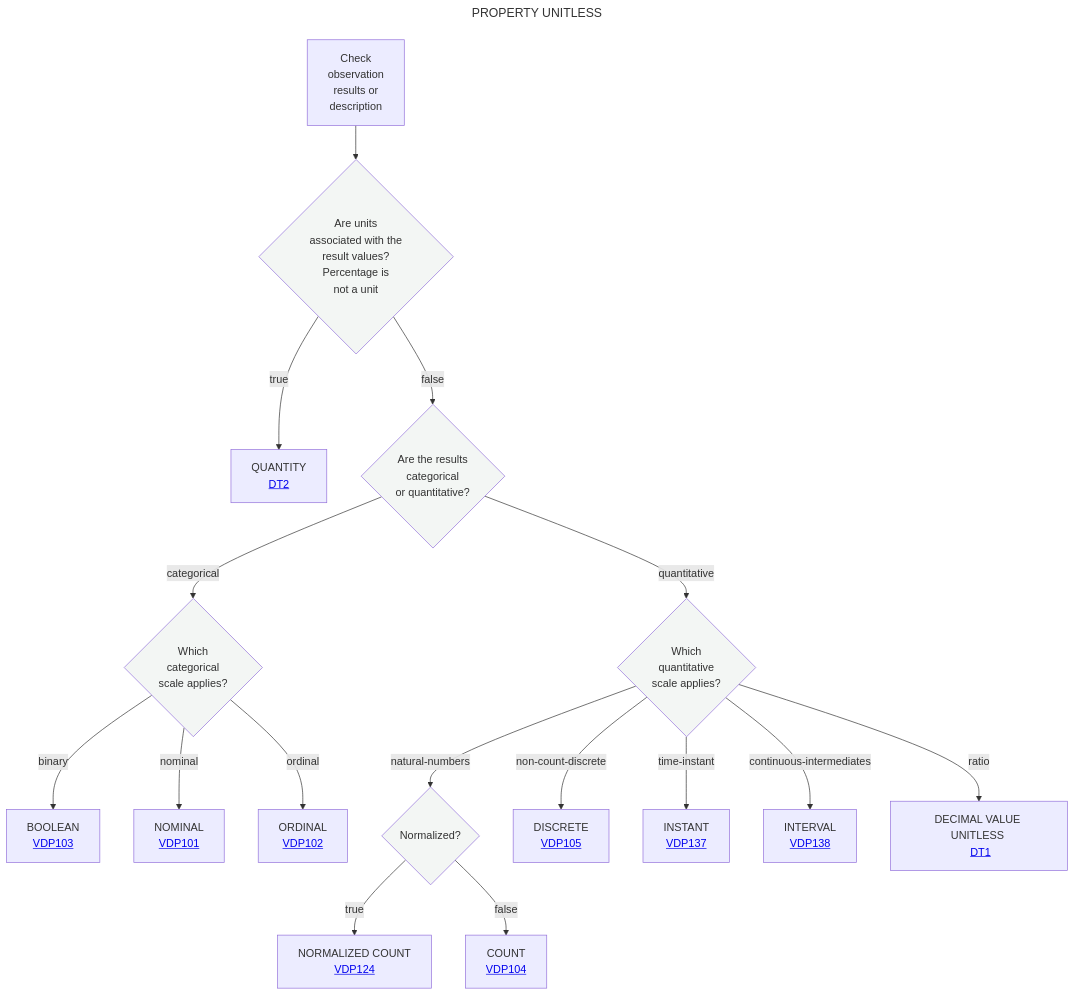
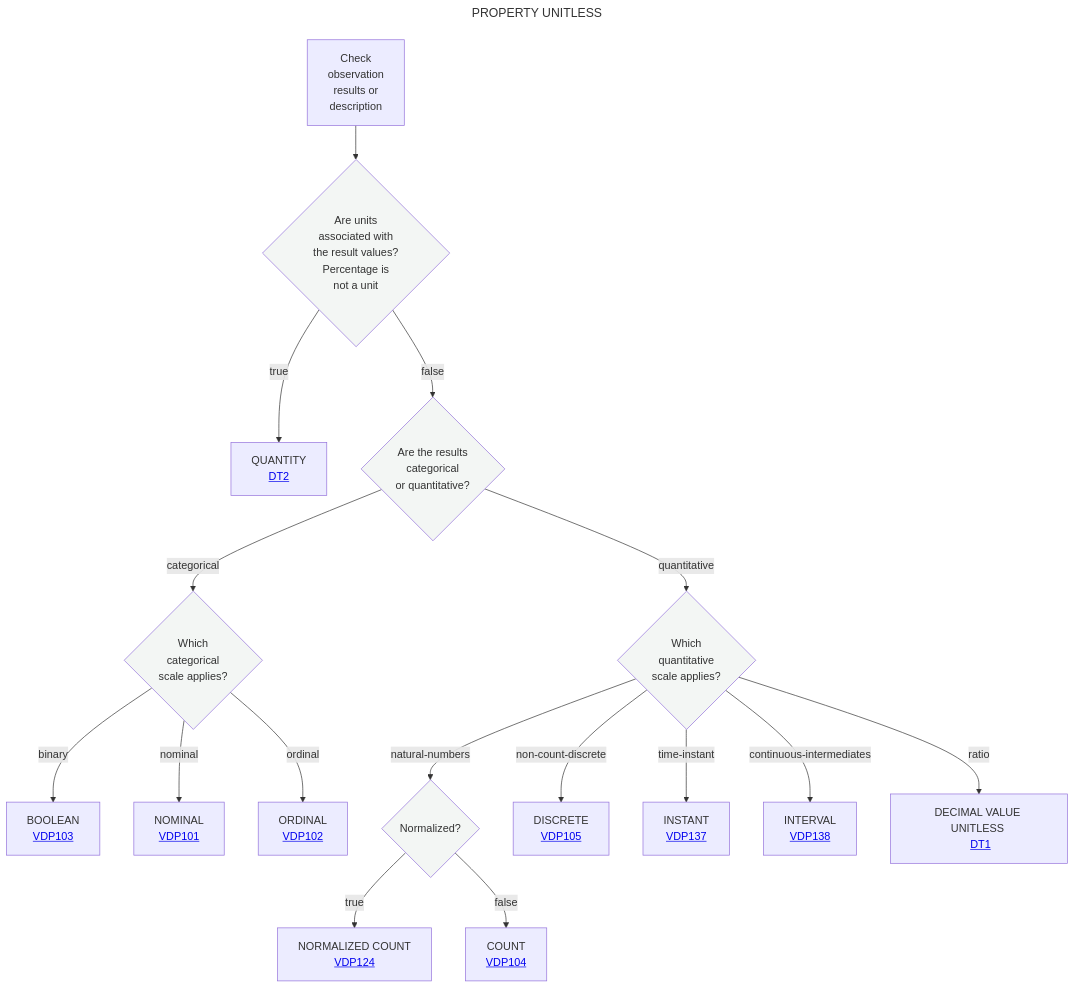
Before and after one commit to mabablue/I-ADOPT-patterns-playground: the diagram in Decisition_trees/DT0.mmd, drawn with Mermaid.

Commit message:
Fix formatting in DT0.mmd flowchart

```diff
--- a/Decisition_trees/DT0.mmd
+++ b/Decisition_trees/DT0.mmd
@@ -1,30 +1,30 @@
 ---
 title: PROPERTY UNITLESS
 ---
 flowchart TD
-    A[Check <br> observation <br> results or <br> description] --> B{Are units  <br> associated with the <br> result values? <br> Percentage is <br> not a unit}:::white
+    A[Check <br> observation <br> results or <br> description] --> B{Are units  <br> associated with <br> the result values? <br> Percentage is <br> not a unit}:::white
     
     %% Branch: Units Present -> QUANTITY (Ratio Scale with Units)
     B --> |true|N[QUANTITY <br> <a href='https://github.com/mabablue/I-ADOPT-patterns-playground/blob/main/Decisition_trees/DT2.mmd'>DT2</a><br>]
     
     %% Branch: Unitless Path
     B --> |false|C{Are the results <br> categorical <br> or quantitative?}:::white
     
     %% Categorical Branch (Binary, Nominal, Ordinal)
     C -- categorical --> D{Which <br> categorical <br> scale applies?}:::white
     D -- binary --> E[BOOLEAN <br> <a href='https://github.com/mabablue/I-ADOPT-patterns-playground/blob/main/pattern/VDP103.yaml'>VDP103</a><br>]
     D -- nominal -->F[NOMINAL <br> <a href='https://github.com/mabablue/I-ADOPT-patterns-playground/blob/main/pattern/VDP101.yaml'>VDP101</a><br>]
     D -- ordinal -->G[ORDINAL <br> <a href='https://github.com/mabablue/I-ADOPT-patterns-playground/blob/main/pattern/VDP102.yaml'>VDP102</a><br>]
     C -- quantitative -->H{Which <br> quantitative <br> scale applies?}:::white
     H -- natural-numbers -->I{Normalized?}:::white
     I --> |true|Q[NORMALIZED COUNT <br> <a href='https://github.com/mabablue/I-ADOPT-patterns-playground/blob/main/pattern/VDP124.yaml'>VDP124</a><br>]
     I --> |false|P[COUNT <br> <a href='https://github.com/mabablue/I-ADOPT-patterns-playground/blob/main/pattern/VDP104.yaml'>VDP104</a><br>]
     H -- non-count-discrete -->O[DISCRETE <br> <a href='https://github.com/mabablue/I-ADOPT-patterns-playground/blob/main/pattern/VDP104.yaml'>VDP105</a><br>]
     H -- time-instant -->K[INSTANT <br> <a href='https://github.com/mabablue/I-ADOPT-patterns-playground/blob/main/pattern/VDP137.yaml'>VDP137</a><br>]
     H -- continuous-intermediates -->L[INTERVAL <br> <a href='https://github.com/mabablue/I-ADOPT-patterns-playground/blob/main/pattern/VDP138.yaml'>VDP138</a><br>]
     H -- ratio -->M[DECIMAL VALUE UNITLESS <br> <a href='https://github.com/mabablue/I-ADOPT-patterns-playground/blob/main/Decisition_trees/DT1.mmd'>DT1</a><br>]
 
     classDef blue fill:#90D5FF
     classDef satblue fill:#57B9FF
     classDef white fill:#f3f6f4
     classDef green fill:#6aa84f
```
